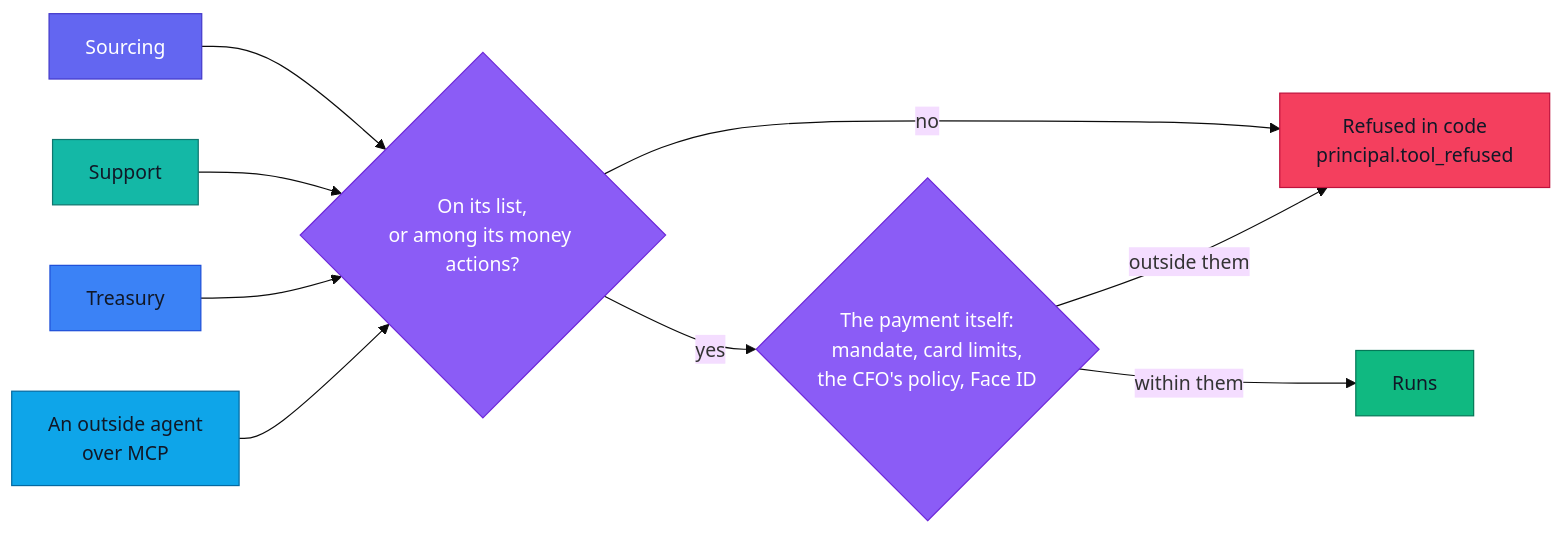
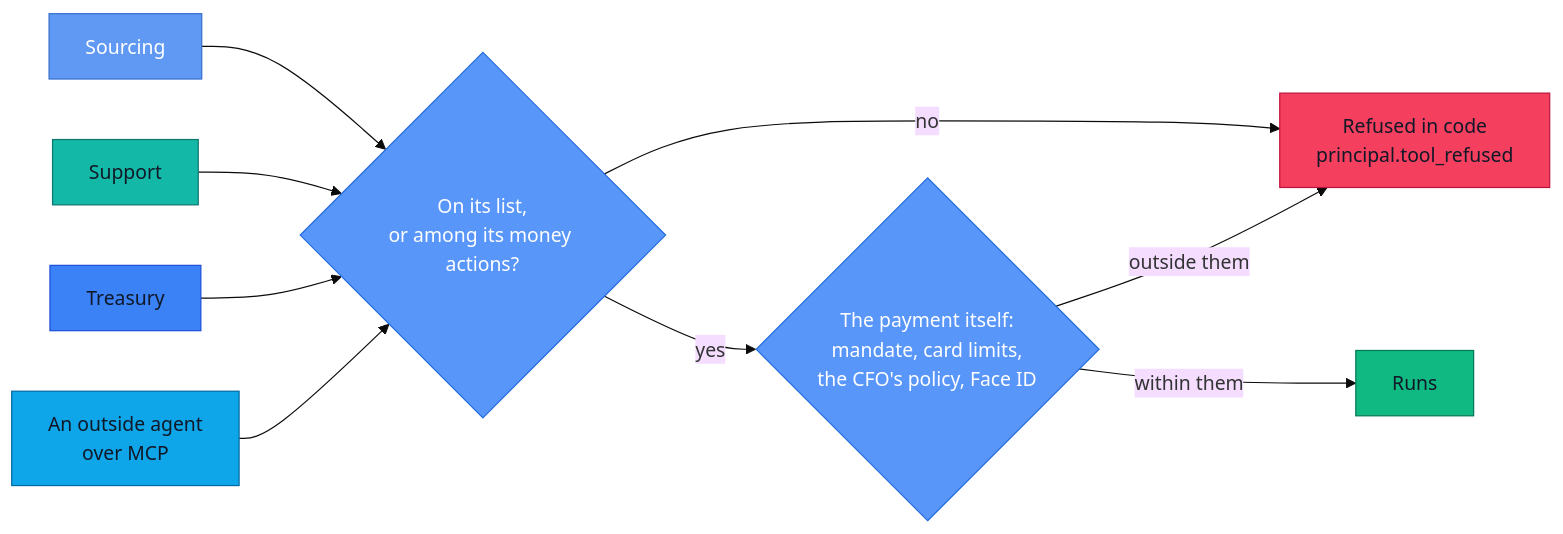
One commit to agamemnon-coder/x402-business-agents changed the first of 2 diagrams in docs/security/agent-permissions.md. Above: the diagram before and after it, drawn with Mermaid (base theme). The commit also changed other lines of this file and 184 other files, not shown here.

````diff
--- a/docs/security/agent-permissions.md
+++ b/docs/security/agent-permissions.md
@@ -32,22 +32,22 @@
 ```mermaid
 flowchart LR
   SO["Sourcing"] & SU["Support"] & TR["Treasury"] & OU["An outside agent<br/>over MCP"] --> G{"On its list,<br/>or among its money actions?"}
   G -- "no" --> R["Refused in code<br/>principal.tool_refused"]
   G -- "yes" --> P{"The payment itself:<br/>mandate, card limits,<br/>the CFO's policy, Face ID"}
   P -- "within them" --> OK["Runs"]
   P -- "outside them" --> R
-  classDef sourcing fill:#6366f1,stroke:#4338ca,color:#ffffff
+  classDef sourcing fill:#6099f4,stroke:#356fcd,color:#ffffff
   classDef support fill:#14b8a6,stroke:#0f766e,color:#111827
   classDef treasury fill:#3b82f6,stroke:#1d4ed8,color:#111827
-  classDef purser fill:#8b5cf6,stroke:#6d28d9,color:#ffffff
+  classDef purser fill:#5996f9,stroke:#246bdd,color:#ffffff
   classDef stop fill:#f43f5e,stroke:#be123c,color:#111827
   classDef ok fill:#10b981,stroke:#047857,color:#111827
   classDef rails fill:#0ea5e9,stroke:#0369a1,color:#111827
   class SO sourcing
   class SU support
   class TR treasury
   class OU rails
   class G,P purser
   class R stop
   class OK ok
 ```
````
